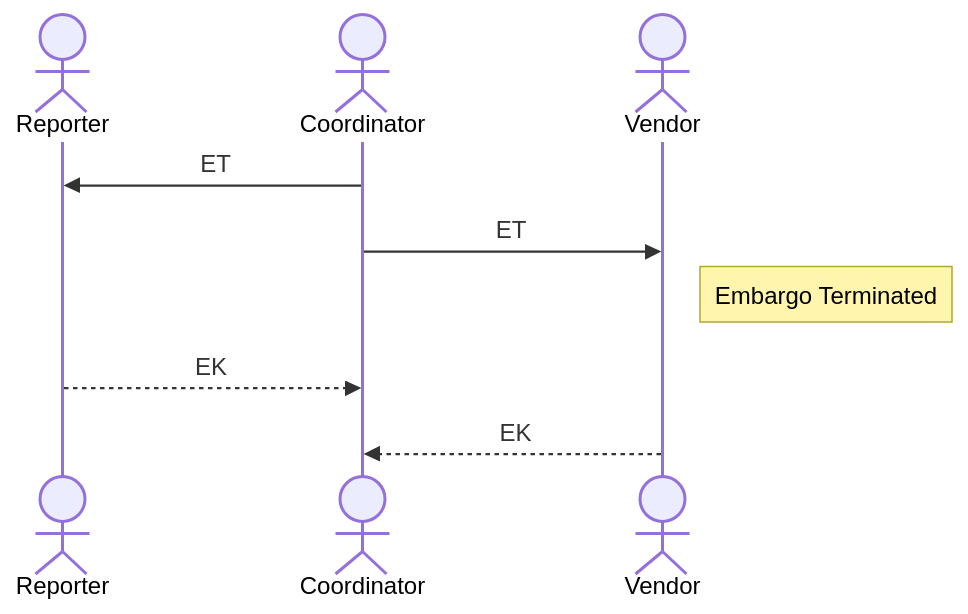
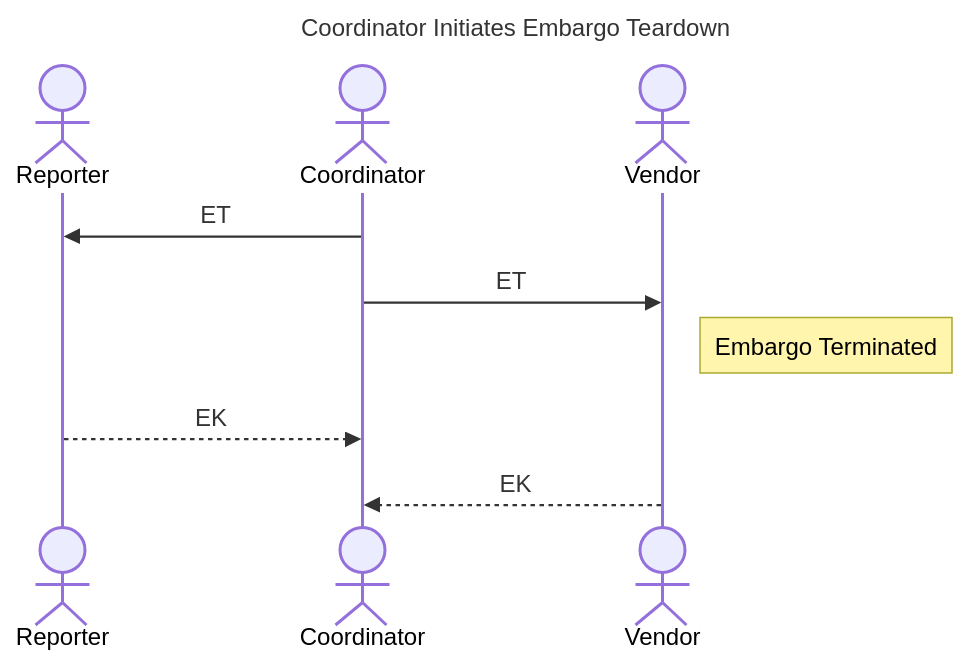
Diagram 11 of 13 in docs/tutorials/worked_example.md (CERTCC/Vultron), drawn with Mermaid before and after one commit. The commit also changed other lines of this file, not shown here.

First line of the commit message:
docs: add mermaid title: headers to worked_example.md diagrams

````diff
--- a/docs/tutorials/worked_example.md
+++ b/docs/tutorials/worked_example.md
@@ -297,12 +327,15 @@
 ```mermaid
+---
+title: Coordinator Initiates Embargo Teardown
+---
 sequenceDiagram
     actor Reporter
     actor Coordinator
     actor Vendor
 
     Coordinator ->> Reporter: ET
     Coordinator ->> Vendor: ET
     note right of Vendor: Embargo Terminated
     Reporter -->> Coordinator: EK
     Vendor -->> Coordinator: EK
 ```
````
